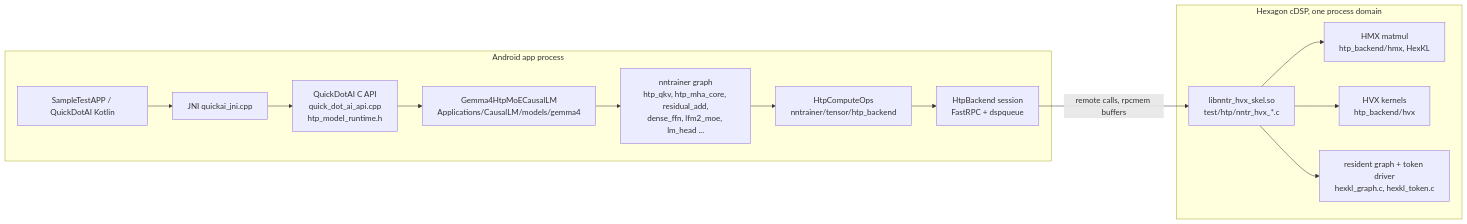
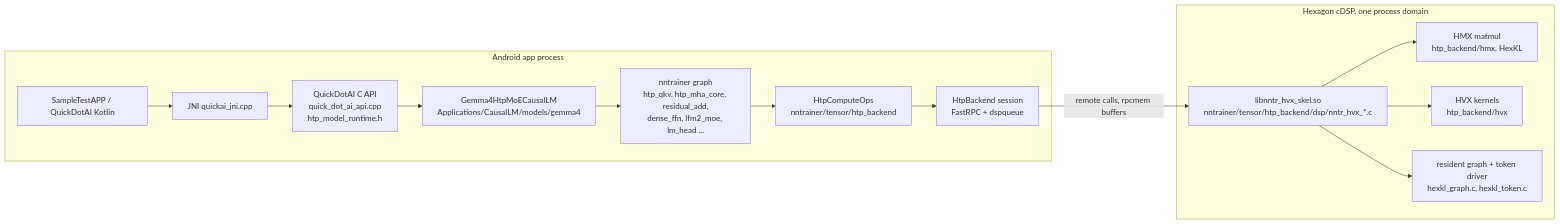
Before and after one commit to nntrainer/nntrainer: the first of 2 diagrams in docs/gemma4-htp-code-guide.md, drawn with Mermaid. The commit also changed other lines of this file and 67 other files, not shown here.

First line of the commit message:
[HTP] Separate production DSP and portable packing ownership

````diff
--- a/docs/gemma4-htp-code-guide.md
+++ b/docs/gemma4-htp-code-guide.md
@@ -19,17 +19,17 @@
 ```mermaid
 flowchart LR
   subgraph app [Android app process]
     K[SampleTestAPP / QuickDotAI Kotlin] --> J[JNI quickai_jni.cpp]
     J --> C[QuickDotAI C API<br/>quick_dot_ai_api.cpp<br/>htp_model_runtime.h]
     C --> M[Gemma4HtpMoECausalLM<br/>Applications/CausalLM/models/gemma4]
     M --> G[nntrainer graph<br/>htp_qkv, htp_mha_core, residual_add,<br/>dense_ffn, lfm2_moe, lm_head ...]
     G --> O[HtpComputeOps<br/>nntrainer/tensor/htp_backend]
     O --> S[HtpBackend session<br/>FastRPC + dspqueue]
   end
   S -- "remote calls, rpcmem buffers" --> D
   subgraph dsp [Hexagon cDSP, one process domain]
-    D[libnntr_hvx_skel.so<br/>test/htp/nntr_hvx_*.c] --> H[HMX matmul<br/>htp_backend/hmx, HexKL]
+    D[libnntr_hvx_skel.so<br/>nntrainer/tensor/htp_backend/dsp/nntr_hvx_*.c] --> H[HMX matmul<br/>htp_backend/hmx, HexKL]
     D --> V[HVX kernels<br/>htp_backend/hvx]
     D --> T[resident graph + token driver<br/>hexkl_graph.c, hexkl_token.c]
   end
 ```
````
